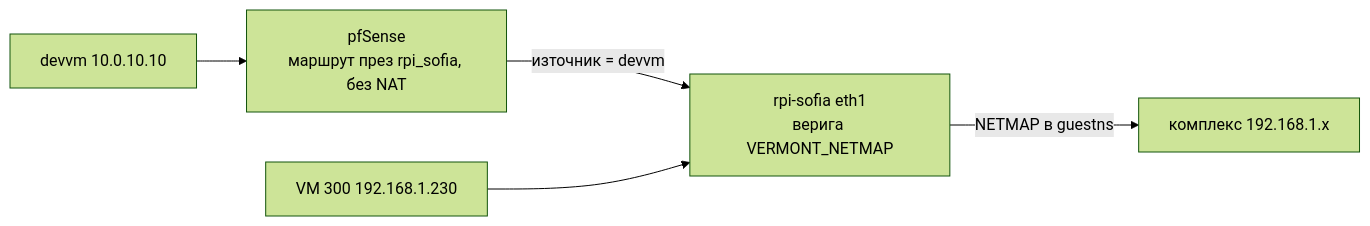
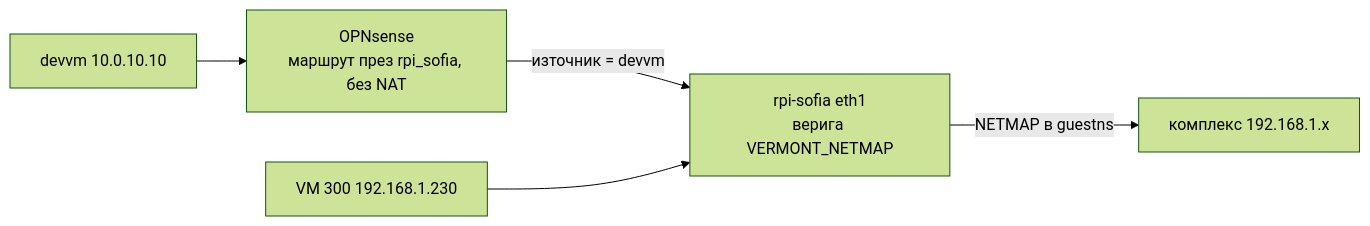
One commit to ViktorBarzin/infra changed the first of 2 diagrams in docs/runbooks/cameras-nvr-intercom.md. Above: the diagram before and after it, drawn with Mermaid (forest theme). The commit also changed other lines of this file and 53 other files, not shown here.

````diff
--- a/docs/runbooks/cameras-nvr-intercom.md
+++ b/docs/runbooks/cameras-nvr-intercom.md
@@ -36,7 +36,7 @@
 ```mermaid
 flowchart LR
-  D["devvm 10.0.10.10"] --> PF["pfSense<br/>маршрут през rpi_sofia, без NAT"]
+  D["devvm 10.0.10.10"] --> PF["OPNsense<br/>маршрут през rpi_sofia, без NAT"]
   PF -->|"източник = devvm"| PI["rpi-sofia eth1<br/>верига VERMONT_NETMAP"]
   V["VM 300 192.168.1.230"] --> PI
   PI -->|"NETMAP в guestns"| C["комплекс 192.168.1.x"]
 ```
````
